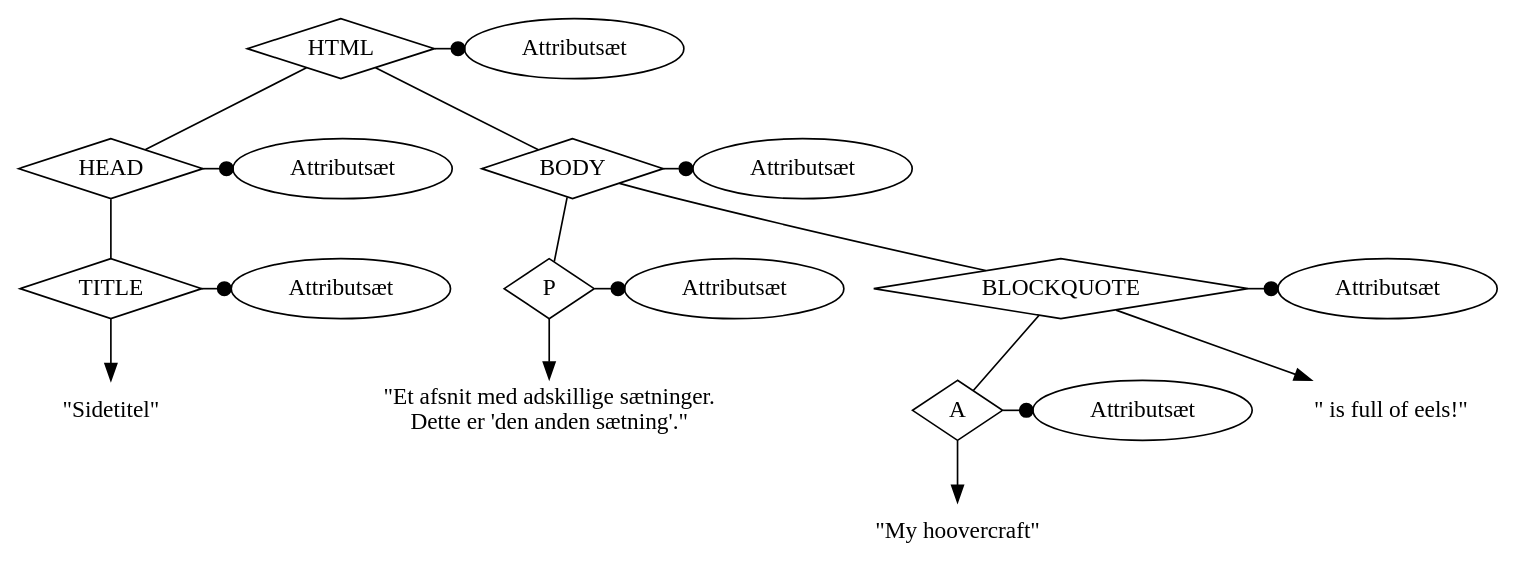
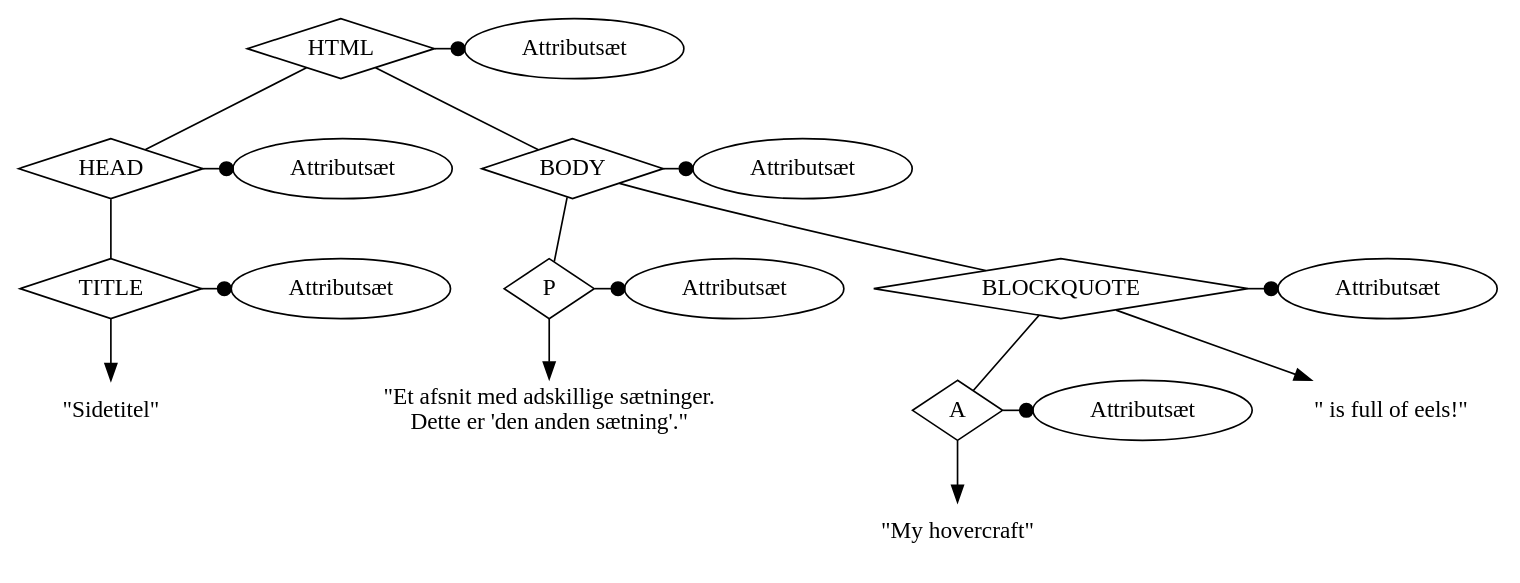
The diagram in rapport/parsetree.dot (athas/webanalyzer), drawn with Graphviz before and after one commit. The commit also changed 3 other files, not shown here.

First line of the commit message:
hoovercraft -> hovercraft i illustrationer

```diff
--- a/rapport/parsetree.dot
+++ b/rapport/parsetree.dot
@@ -1,73 +1,73 @@
 digraph g
 {
 //size="8,11"
 //margin=5
 //rankdir="LR";
 edge[arrowhead="none"];
 node[shape=diamond];
 //edge[arrowsize=0.7, len=0.7]
 
 HTML[label="HTML"];
 HEAD[label="HEAD"];
 TITLE[label="TITLE"];
 BODY[label="BODY"];
 //H1[label="H1"];
 P[label="P"];
 //EM[label="EM"];
 BLOCKQUOTE[label="BLOCKQUOTE"];
 A[label="A"];
 
 HTMLattrs[label="Attributsæt", shape="ellipse"];
 HEADattrs[label="Attributsæt", shape="ellipse"];
 TITLEattrs[label="Attributsæt", shape="ellipse"];
 BODYattrs[label="Attributsæt", shape="ellipse"];
 Pattrs[label="Attributsæt", shape="ellipse"];
 BLOCKQUOTEattrs[label="Attributsæt", shape="ellipse"];
 Aattrs[label="Attributsæt", shape="ellipse"];
 //EMattrs[label="Attributsæt", shape="ellipse"];
 //H1attrs[label="Attributsæt", shape="ellipse"];
 
 titel[label="\"Sidetitel\"", shape="none"];
 //EMtekst[label="\"Et\"", shape="none"];
 Ptekst[label="\"Et afsnit med adskillige sætninger. \nDette er 'den anden sætning'.\"", shape="none"];
 //H1tekst[label="\"Overskrift\"", shape="none"];
-Atekst[label="\"My hoovercraft\"", shape="none"];
+Atekst[label="\"My hovercraft\"", shape="none"];
 BLOCKQUOTEtekst[label="\" is full of eels!\"", shape="none"];
 
 
 
 {rank=same; HTML; HTMLattrs;}
 {rank=same; HEAD; HEADattrs;}
 {rank=same; TITLE; TITLEattrs;}
 {rank=same; BODY; BODYattrs;}
 {rank=same; P; Pattrs;}
 //{rank=same; EM; EMattrs;}
 //{rank=same; H1; H1attrs;}
 {rank=same; BLOCKQUOTE; BLOCKQUOTEattrs;}
 {rank=same; A; Aattrs;}
 
 HTML-> HTMLattrs [arrowhead="dot"];
 HTML -> HEAD;
 HTML -> BODY;
 HEAD -> HEADattrs [arrowhead="dot"];
 HEAD -> TITLE;
 TITLE -> titel [arrowhead="normal"];
 TITLE -> TITLEattrs [arrowhead="dot"];
 BODY -> BODYattrs [arrowhead="dot"];
 //BODY -> H1;
 BODY -> P;
 BODY -> BLOCKQUOTE;
 //H1 -> H1attrs [arrowhead="dot"];
 //H1 -> H1tekst [arrowhead="normal"];
 P -> Pattrs [arrowhead="dot"];
 //P -> EM;
 P -> Ptekst [arrowhead="normal"];
 //EM -> EMattrs [arrowhead="dot"];
 //EM -> EMtekst;
 BLOCKQUOTE -> BLOCKQUOTEattrs [arrowhead="dot"];
 BLOCKQUOTE -> A;
 A -> Aattrs [arrowhead="dot"];
 A -> Atekst [arrowhead="normal"];
 BLOCKQUOTE -> BLOCKQUOTEtekst [arrowhead="normal"];
 
 }
```
